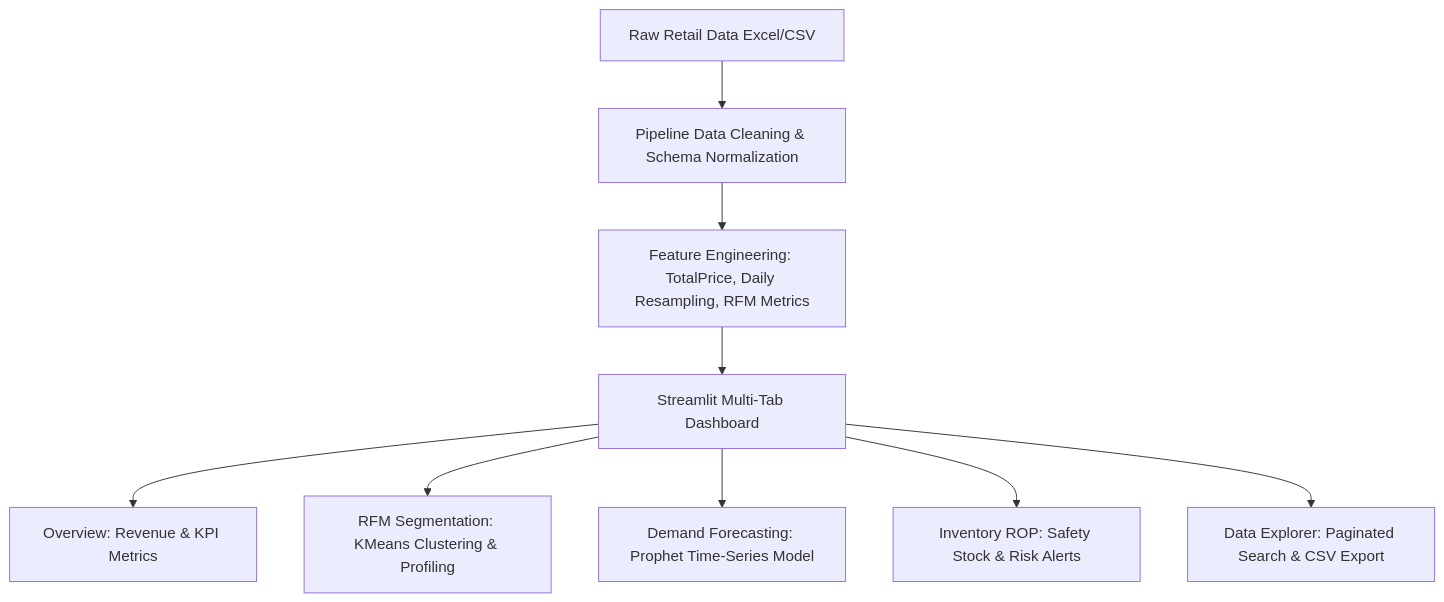
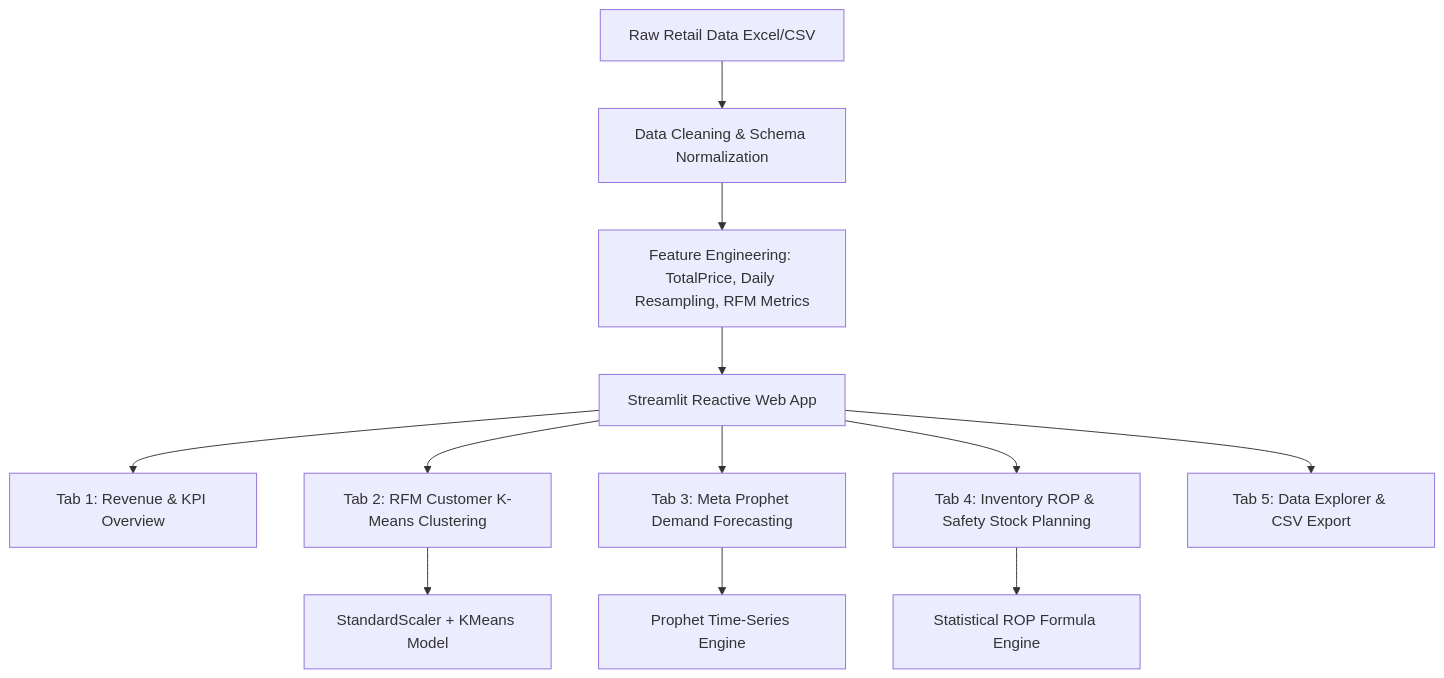
One commit to ut3av/ZidioDataScience changed the diagram in README.md. Above: the diagram before and after it, drawn with Mermaid. The commit also changed other lines of this file and 1 other file, not shown here.

````diff
--- a/README.md
+++ b/README.md
@@ -40,13 +97,17 @@
 ```mermaid
 flowchart TD
-    A[Raw Retail Data Excel/CSV] --> B[Pipeline Data Cleaning & Schema Normalization]
+    A[Raw Retail Data Excel/CSV] --> B[Data Cleaning & Schema Normalization]
     B --> C[Feature Engineering: TotalPrice, Daily Resampling, RFM Metrics]
     
-    C --> D[Streamlit Multi-Tab Dashboard]
+    C --> D[Streamlit Reactive Web App]
     
-    D --> E[Overview: Revenue & KPI Metrics]
-    D --> F[RFM Segmentation: KMeans Clustering & Profiling]
-    D --> G[Demand Forecasting: Prophet Time-Series Model]
-    D --> H[Inventory ROP: Safety Stock & Risk Alerts]
-    D --> I[Data Explorer: Paginated Search & CSV Export]
+    D --> E[Tab 1: Revenue & KPI Overview]
+    D --> F[Tab 2: RFM Customer K-Means Clustering]
+    D --> G[Tab 3: Meta Prophet Demand Forecasting]
+    D --> H[Tab 4: Inventory ROP & Safety Stock Planning]
+    D --> I[Tab 5: Data Explorer & CSV Export]
+
+    F --> J[StandardScaler + KMeans Model]
+    G --> K[Prophet Time-Series Engine]
+    H --> L[Statistical ROP Formula Engine]
 ```
````
